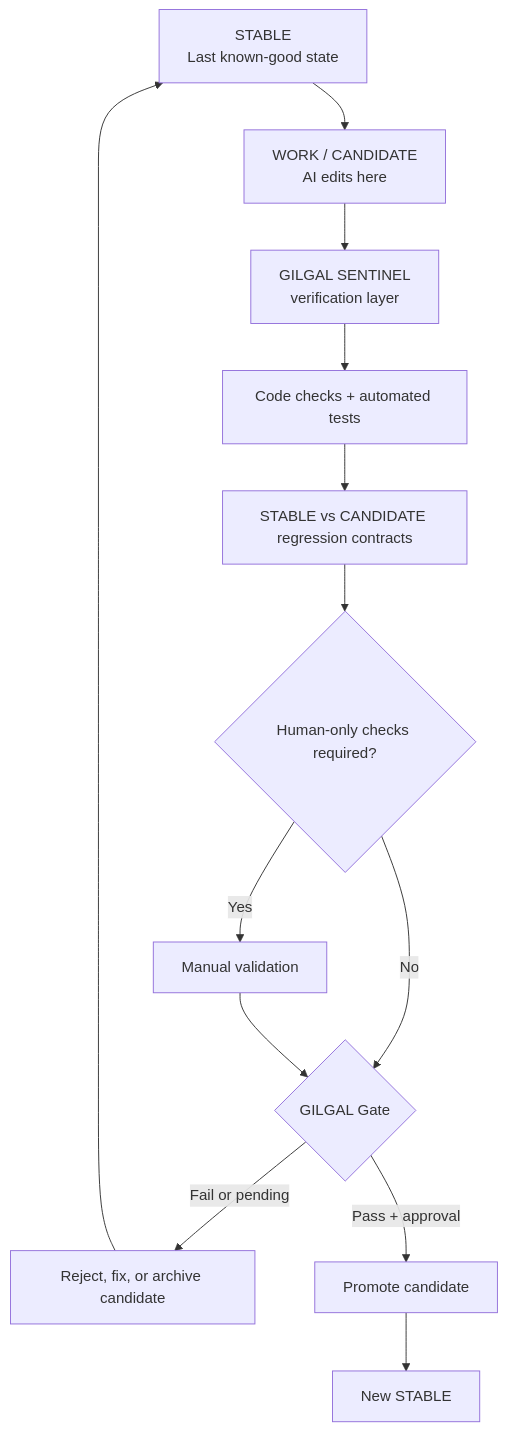
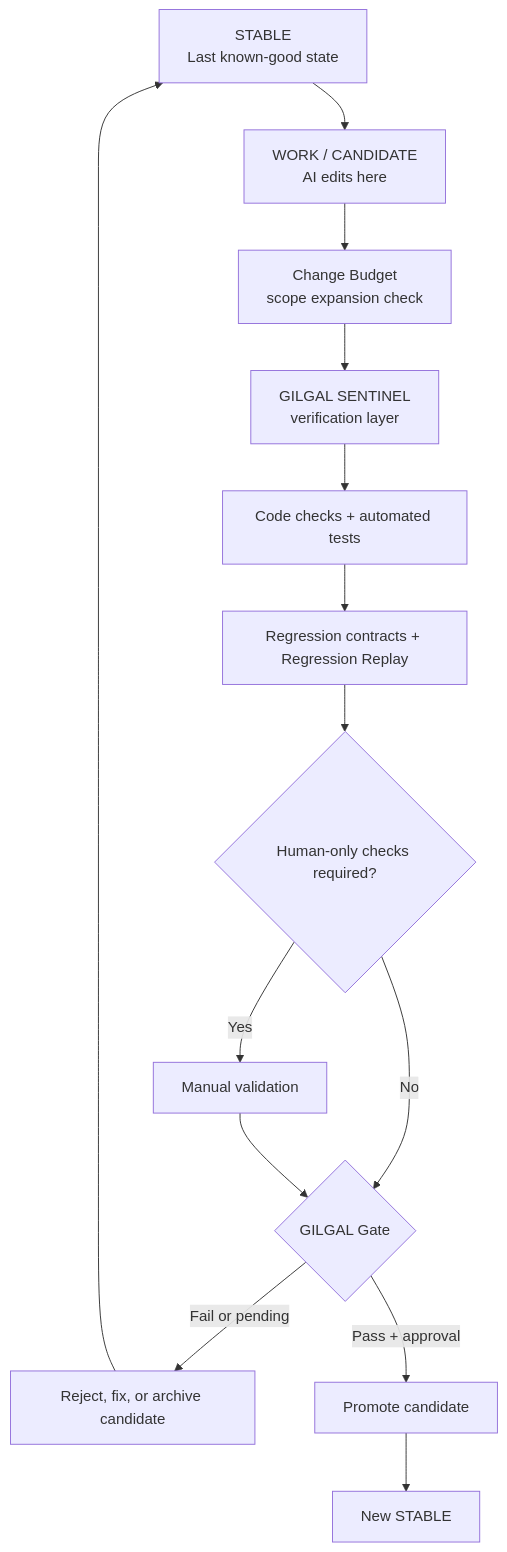
The diagram in README.md (crentefiel/gilgal-ai-workflow), drawn with Mermaid before and after one commit. The commit also changed other lines of this file, not shown here.

Commit message:
docs(gilgal): introduce Regression Replay and Change Budget

````diff
--- a/README.md
+++ b/README.md
@@ -74,15 +92,16 @@
 ```mermaid
 flowchart TD
     S[STABLE<br/>Last known-good state] --> W[WORK / CANDIDATE<br/>AI edits here]
-    W --> N[GILGAL SENTINEL<br/>verification layer]
+    W --> B[Change Budget<br/>scope expansion check]
+    B --> N[GILGAL SENTINEL<br/>verification layer]
     N --> D[Code checks + automated tests]
-    D --> R[STABLE vs CANDIDATE regression contracts]
+    D --> R[Regression contracts + Regression Replay]
     R --> H{Human-only checks required?}
     H -->|Yes| M[Manual validation]
     H -->|No| G{GILGAL Gate}
     M --> G
     G -->|Fail or pending| F[Reject, fix, or archive candidate]
     F --> S
     G -->|Pass + approval| P[Promote candidate]
     P --> S2[New STABLE]
 ```
````
